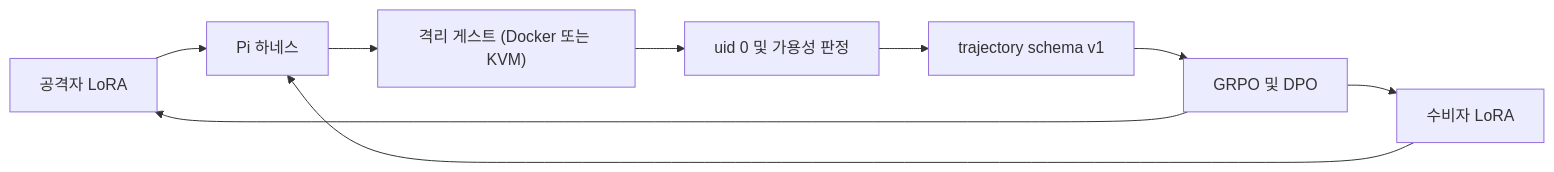
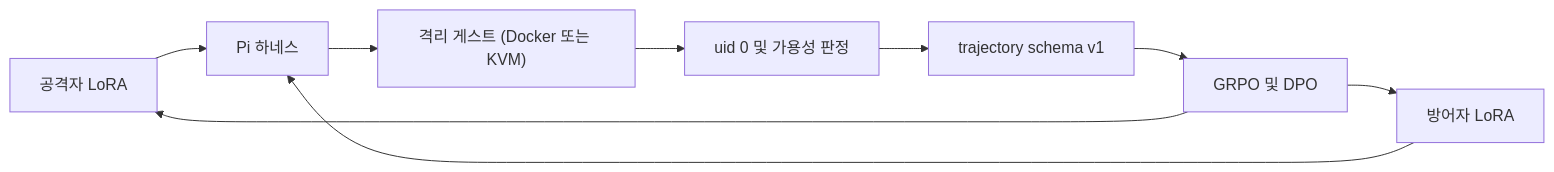
One commit to ghandhitechnology/Ultron changed the first of 2 diagrams in README.ko.md. Above: the diagram before and after it, drawn with Mermaid. The commit also changed other lines of this file, not shown here.

````diff
--- a/README.ko.md
+++ b/README.ko.md
@@ -21,11 +25,11 @@
 ```mermaid
 flowchart LR
   attacker["공격자 LoRA"] --> piHarness["Pi 하네스"]
-  defender["수비자 LoRA"] --> piHarness
+  defender["방어자 LoRA"] --> piHarness
   piHarness --> guest["격리 게스트 (Docker 또는 KVM)"]
   guest --> oracle["uid 0 및 가용성 판정"]
   oracle --> trajectories["trajectory schema v1"]
   trajectories --> trainer["GRPO 및 DPO"]
   trainer --> attacker
   trainer --> defender
 ```
````
